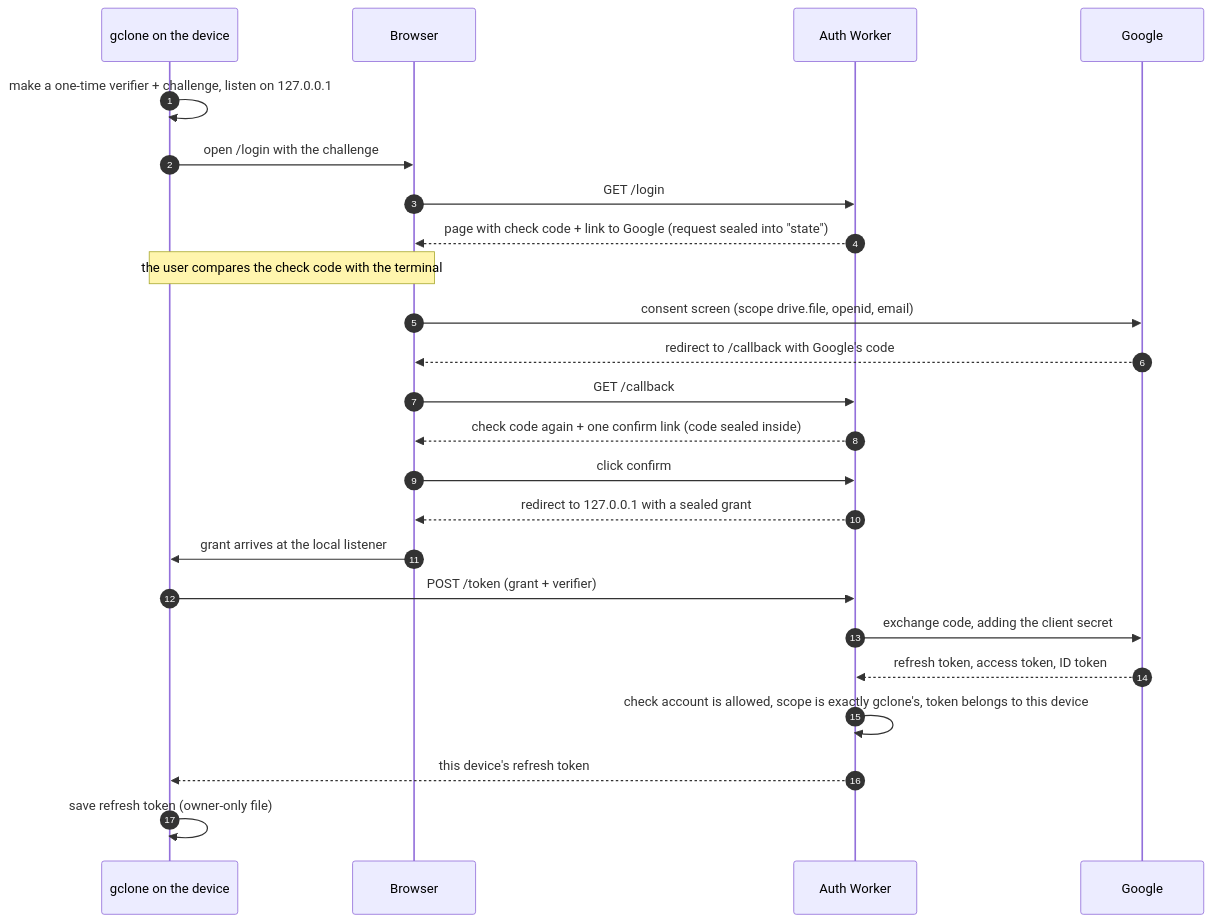
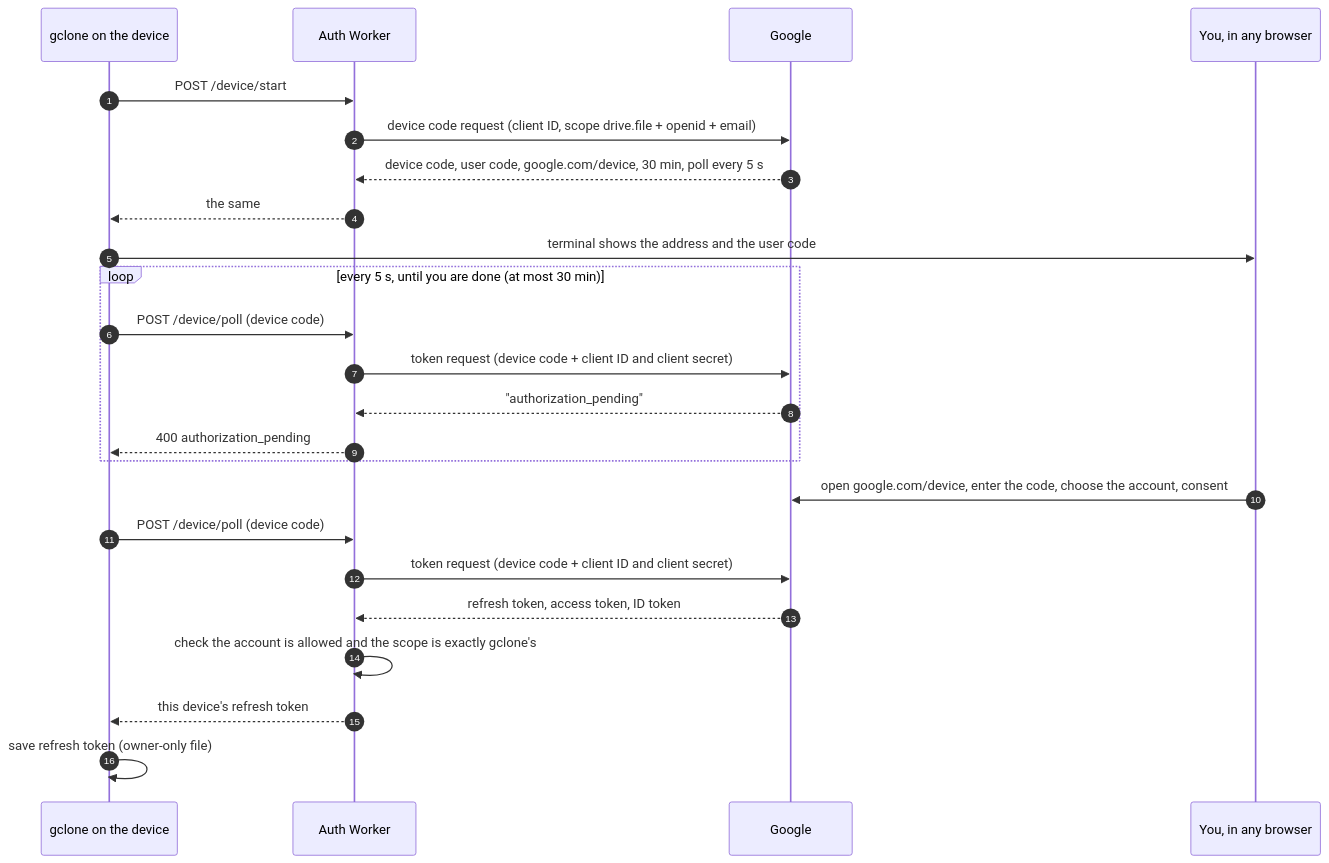
Before and after one commit to dwahdany/gclone: the first of 2 diagrams in docs/AUTH.md, drawn with Mermaid. The commit also changed other lines of this file and 45 other files, not shown here.

First line of the commit message:
Sign in with Google's device flow; drop the browser-redirect login (0.2.0)

````diff
--- a/docs/AUTH.md
+++ b/docs/AUTH.md
@@ -25,26 +33,26 @@
 ```mermaid
 sequenceDiagram
     autonumber
     participant D as gclone on the device
-    participant B as Browser
     participant W as Auth Worker
     participant G as Google
-    D->>D: make a one-time verifier + challenge, listen on 127.0.0.1
-    D->>B: open /login with the challenge
-    B->>W: GET /login
-    W-->>B: page with check code + link to Google (request sealed into "state")
-    Note over D,B: the user compares the check code with the terminal
-    B->>G: consent screen (scope drive.file, openid, email)
-    G-->>B: redirect to /callback with Google's code
-    B->>W: GET /callback
-    W-->>B: check code again + one confirm link (code sealed inside)
-    B->>W: click confirm
-    W-->>B: redirect to 127.0.0.1 with a sealed grant
-    B->>D: grant arrives at the local listener
-    D->>W: POST /token (grant + verifier)
-    W->>G: exchange code, adding the client secret
+    participant U as You, in any browser
+    D->>W: POST /device/start
+    W->>G: device code request (client ID, scope drive.file + openid + email)
+    G-->>W: device code, user code, google.com/device, 30 min, poll every 5 s
+    W-->>D: the same
+    D->>U: terminal shows the address and the user code
+    loop every 5 s, until you are done (at most 30 min)
+        D->>W: POST /device/poll (device code)
+        W->>G: token request (device code + client ID and client secret)
+        G-->>W: "authorization_pending"
+        W-->>D: 400 authorization_pending
+    end
+    U->>G: open google.com/device, enter the code, choose the account, consent
+    D->>W: POST /device/poll (device code)
+    W->>G: token request (device code + client ID and client secret)
     G-->>W: refresh token, access token, ID token
-    W->>W: check account is allowed, scope is exactly gclone's, token belongs to this device
+    W->>W: check the account is allowed and the scope is exactly gclone's
     W-->>D: this device's refresh token
     D->>D: save refresh token (owner-only file)
 ```
````
